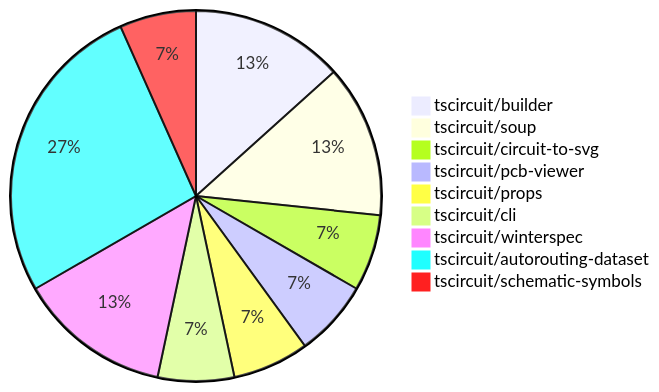
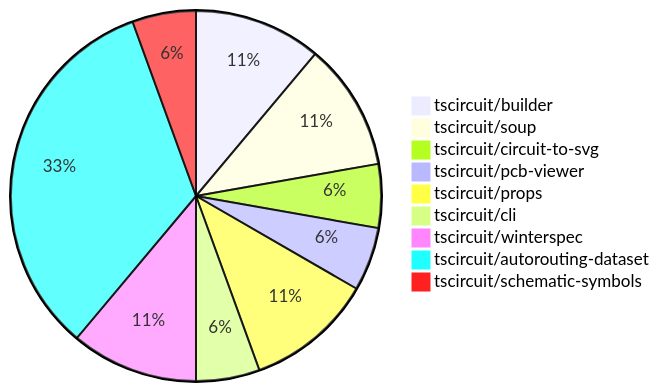
The diagram in README.md (tscircuit/contribution-tracker), drawn with Mermaid before and after one commit. The commit also changed other lines of this file and 1 other file, not shown here.

````diff
--- a/README.md
+++ b/README.md
@@ -24,12 +24,12 @@
 ```mermaid
 pie
     "tscircuit/builder" : 2
     "tscircuit/soup" : 2
     "tscircuit/circuit-to-svg" : 1
     "tscircuit/pcb-viewer" : 1
-    "tscircuit/props" : 1
+    "tscircuit/props" : 2
     "tscircuit/cli" : 1
     "tscircuit/winterspec" : 2
-    "tscircuit/autorouting-dataset" : 4
+    "tscircuit/autorouting-dataset" : 6
     "tscircuit/schematic-symbols" : 1
 ```
````
